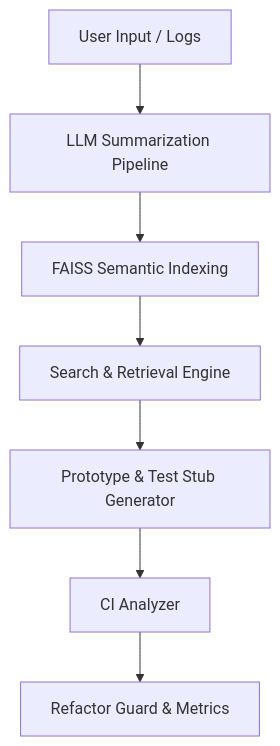
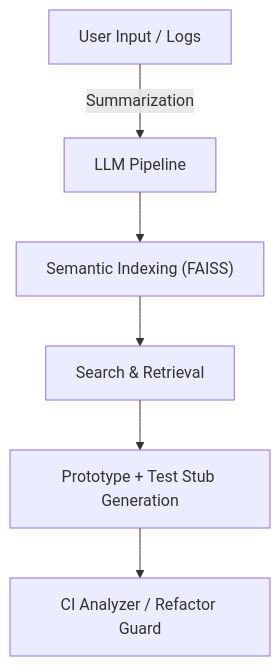
Before and after one commit to angelosdimakos/Ideas_Logger: the first of 2 diagrams in README.md, drawn with Mermaid. The commit also changed 3 other files, not shown here.

````diff
--- a/README.md
+++ b/README.md
@@ -40,9 +40,8 @@
 ```mermaid
 graph TD
-A[User Input / Logs] --> B[LLM Summarization Pipeline]
-B --> C[FAISS Semantic Indexing]
-C --> D[Search & Retrieval Engine]
-D --> E[Prototype & Test Stub Generator]
-E --> F[CI Analyzer]
-F --> G[Refactor Guard & Metrics]
+A[User Input / Logs] -->|Summarization| B[LLM Pipeline]
+B --> C["Semantic Indexing (FAISS)"]
+C --> D[Search & Retrieval]
+D --> E[Prototype + Test Stub Generation]
+E --> F[CI Analyzer / Refactor Guard]
 ```
````
